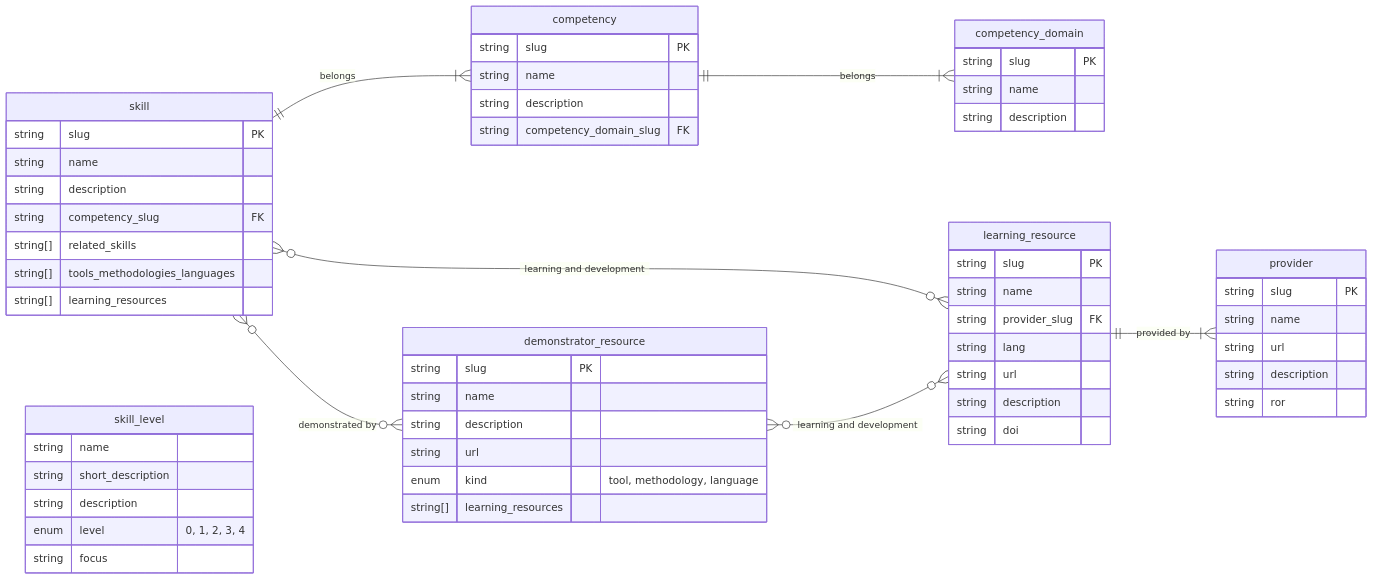
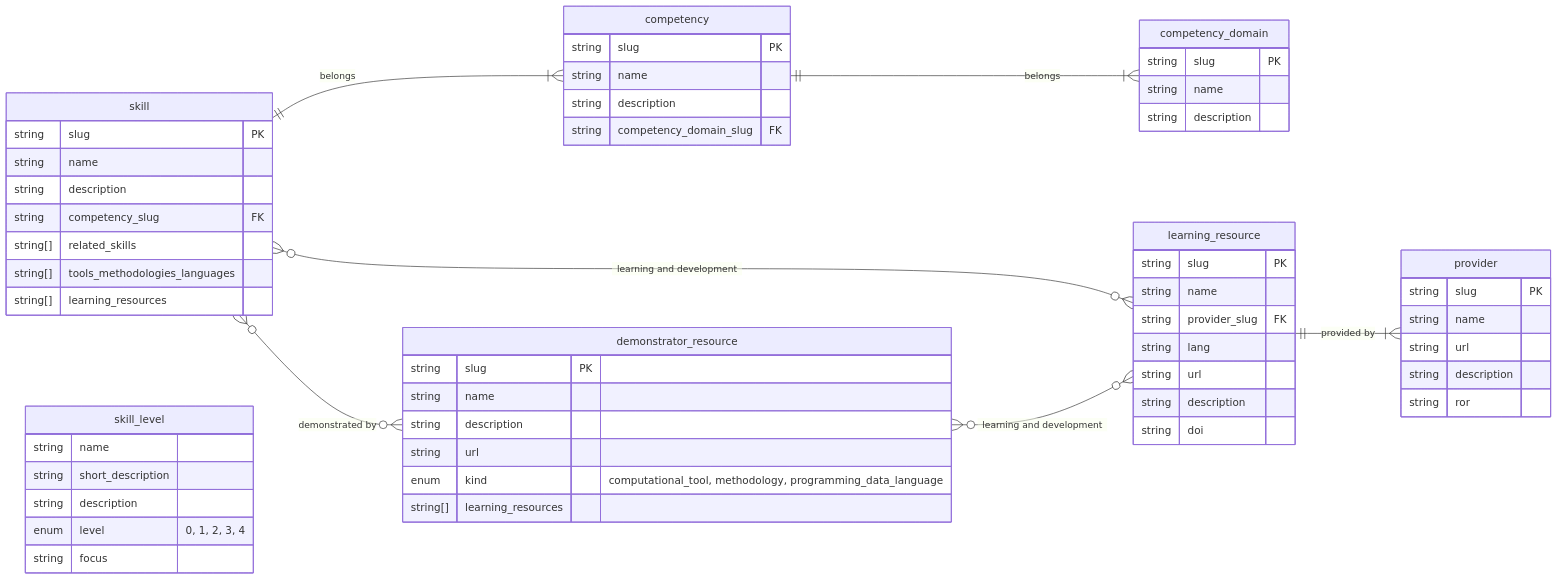
One commit to direct-framework/digital-research-competencies-framework changed the diagram in framework/README.md. Above: the diagram before and after it, drawn with Mermaid.

````diff
--- a/framework/README.md
+++ b/framework/README.md
@@ -17,68 +17,68 @@
 ```mermaid
 erDiagram
     direction LR
     competency ||--|{competency_domain : belongs
     skill ||--|{ competency : belongs
     skill }o--o{ demonstrator_resource : "demonstrated by"
     skill }o--o{ learning_resource: "learning and development"
     demonstrator_resource }o--o{ learning_resource : "learning and development"
     learning_resource ||--|{ provider : "provided by"
 
     competency_domain {
             string slug PK
 	    string name
 	    string description
     }
 
     competency {
 	    string slug PK
 	    string name
 	    string description
 	    string competency_domain_slug FK
     }
 
     skill {
 	    string slug PK
 	    string name
 	    string description
 	    string competency_slug FK
             string[] related_skills
             string[] tools_methodologies_languages
             string[] learning_resources
     }
 
     demonstrator_resource {
         string slug PK
         string name
         string description
         string url
-        enum kind "tool, methodology, language"
+        enum kind "computational_tool, methodology, programming_data_language"
         string[] learning_resources
     }
 
     learning_resource {
         string slug PK
         string name
         string provider_slug FK
         string lang
         string url
         string description
         string doi
     }
 
     provider {
         string slug PK
         string name
         string url
         string description
         string ror
     }
 
     skill_level {
 	    string name
 	    string short_description
 	    string description
             enum level "0, 1, 2, 3, 4"
 		string focus
     }
 ```
````
